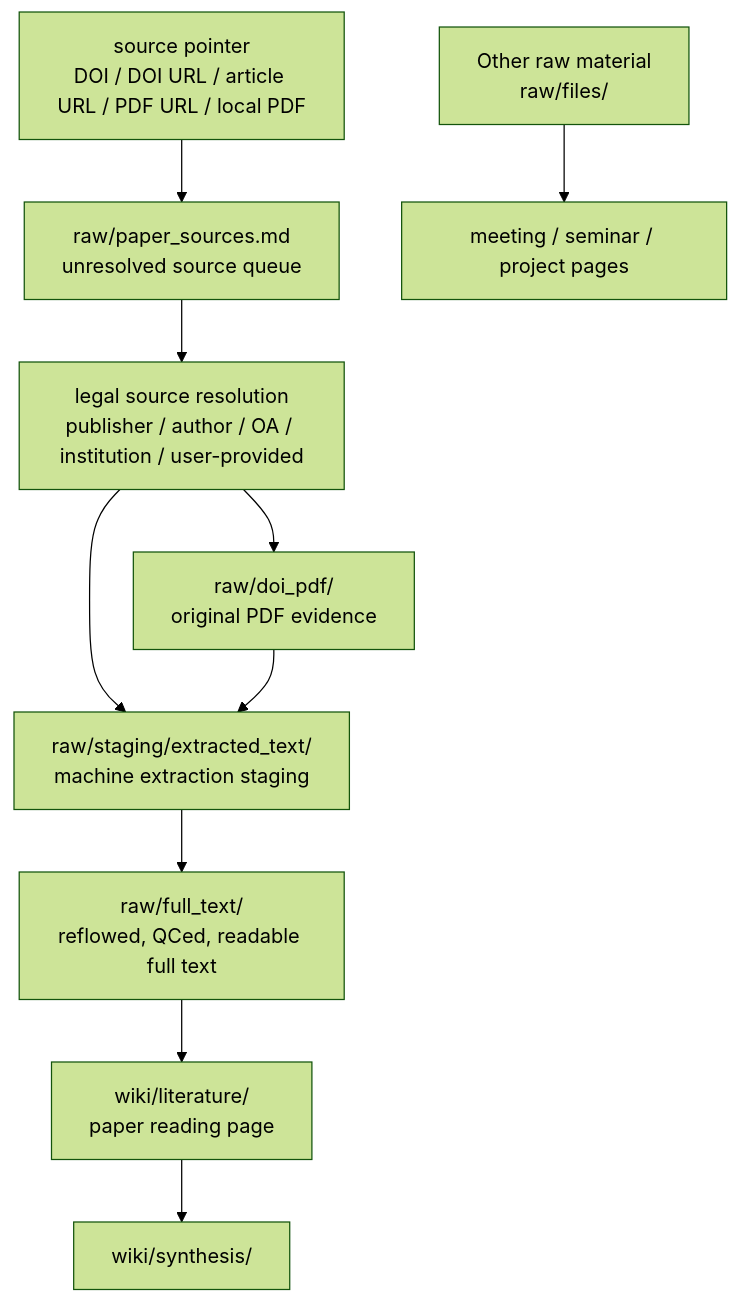
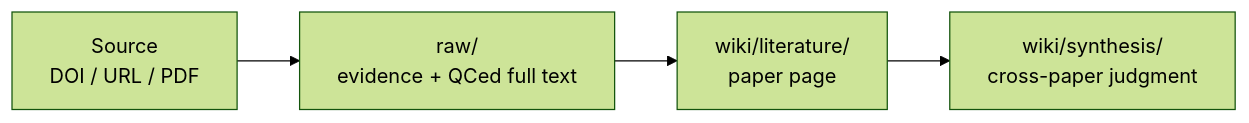
Before and after one commit to ChenHau-Lan/ResearchWiki: the first of 2 diagrams in README.md, drawn with Mermaid (forest theme). The commit also changed other lines of this file and 11 other files, not shown here.

Commit message:
Simplify intake diagram and command menu

````diff
--- a/README.md
+++ b/README.md
@@ -24,12 +24,6 @@
 ```mermaid
-flowchart TD
-    SOURCE["source pointer<br/>DOI / DOI URL / article URL / PDF URL / local PDF"] --> QUEUE["raw/paper_sources.md<br/>unresolved source queue"]
-    QUEUE --> RESOLVE["legal source resolution<br/>publisher / author / OA / institution / user-provided"]
-    RESOLVE --> PDF["raw/doi_pdf/<br/>original PDF evidence"]
-    RESOLVE --> STAGE["raw/staging/extracted_text/<br/>machine extraction staging"]
-    PDF --> STAGE
-    STAGE --> FT["raw/full_text/<br/>reflowed, QCed, readable full text"]
-    FT --> LIT["wiki/literature/<br/>paper reading page"]
-    LIT --> SYN["wiki/synthesis/"]
-    OTHER["Other raw material<br/>raw/files/"] --> WIKI2["meeting / seminar / project pages"]
+flowchart LR
+    A["Source<br/>DOI / URL / PDF"] --> B["raw/<br/>evidence + QCed full text"]
+    B --> C["wiki/literature/<br/>paper page"]
+    C --> D["wiki/synthesis/<br/>cross-paper judgment"]
 ```
````
